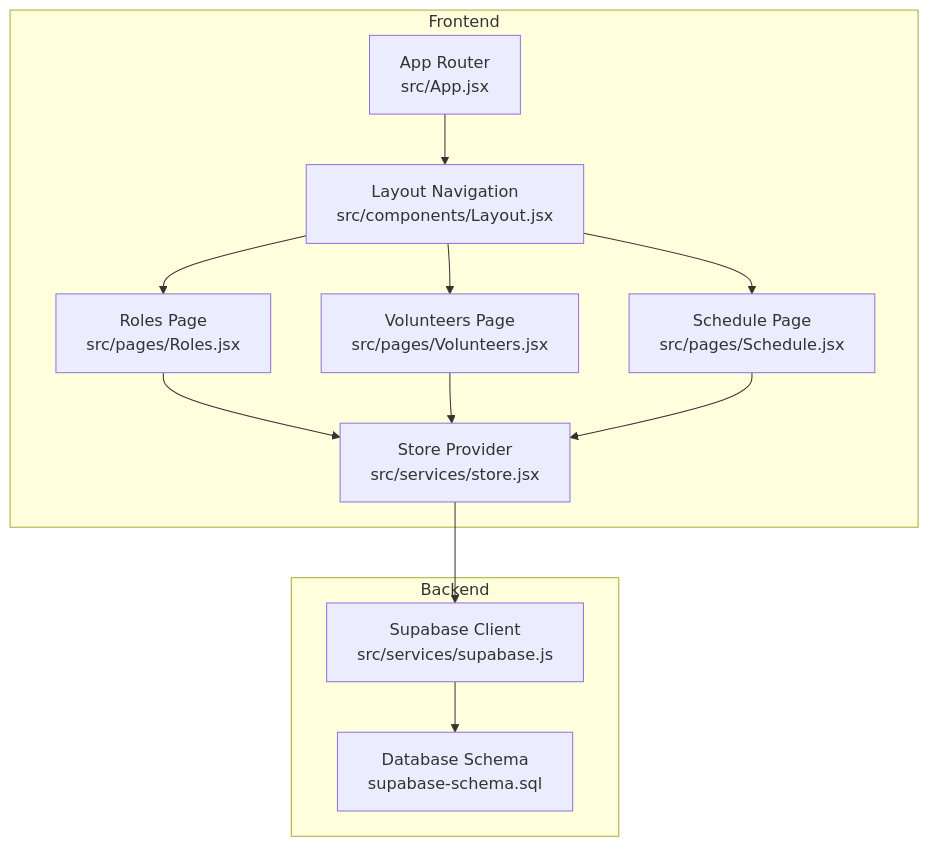
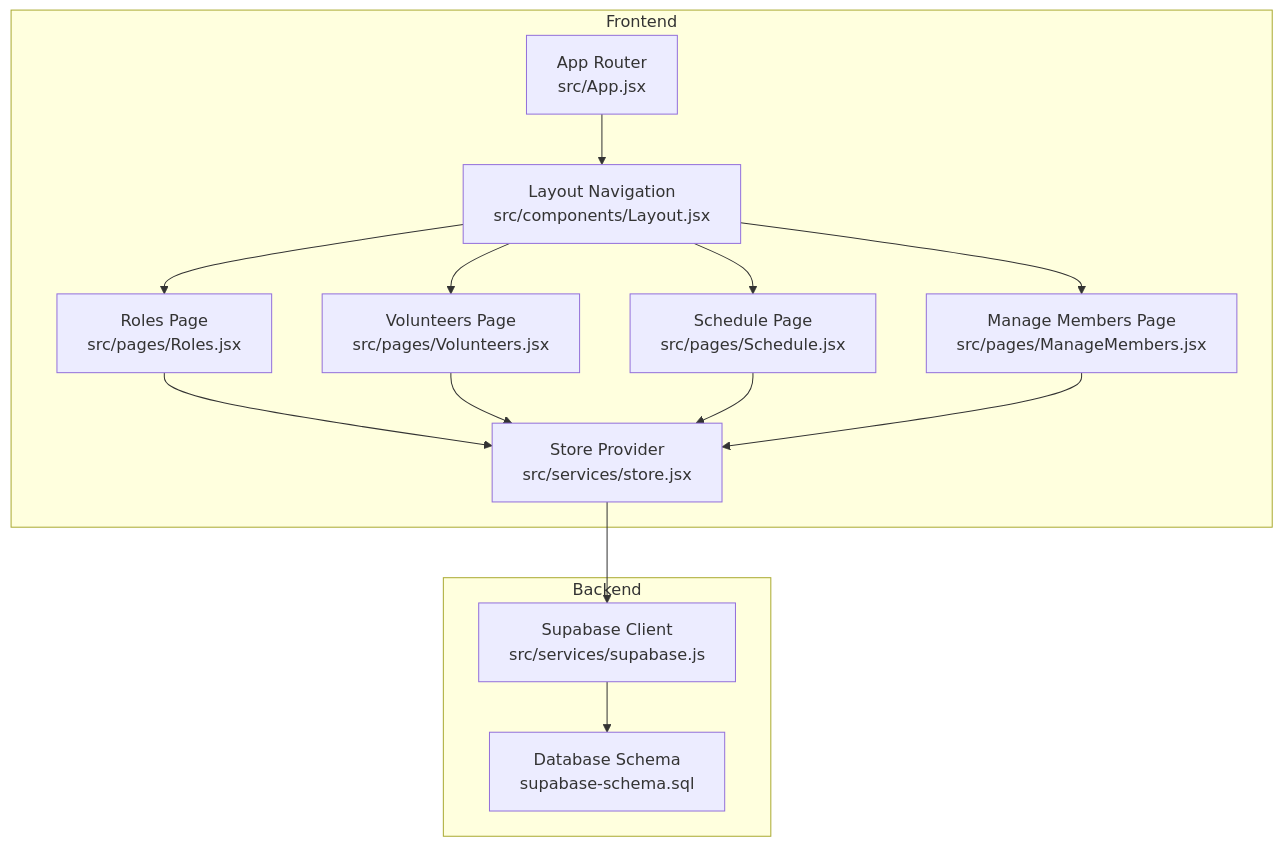
Before and after one commit to netdaniel/serveflow: the first of 11 diagrams in .qoder/repowiki/en/content/Volunteer Management System/Role Assignment System.md, drawn with Mermaid. The commit also changed other lines of this file and 15 other files, not shown here.

````diff
--- a/.qoder/repowiki/en/content/Volunteer Management System/Role Assignment System.md
+++ b/.qoder/repowiki/en/content/Volunteer Management System/Role Assignment System.md
@@ -35,24 +46,27 @@
 ```mermaid
 graph TB
 subgraph "Frontend"
 RolesPage["Roles Page<br/>src/pages/Roles.jsx"]
 VolunteersPage["Volunteers Page<br/>src/pages/Volunteers.jsx"]
 SchedulePage["Schedule Page<br/>src/pages/Schedule.jsx"]
+ManageMembersPage["Manage Members Page<br/>src/pages/ManageMembers.jsx"]
 Store["Store Provider<br/>src/services/store.jsx"]
 Layout["Layout Navigation<br/>src/components/Layout.jsx"]
 App["App Router<br/>src/App.jsx"]
 end
 subgraph "Backend"
 Supabase["Supabase Client<br/>src/services/supabase.js"]
 Schema["Database Schema<br/>supabase-schema.sql"]
 end
 App --> Layout
 Layout --> RolesPage
 Layout --> VolunteersPage
 Layout --> SchedulePage
+Layout --> ManageMembersPage
 RolesPage --> Store
 VolunteersPage --> Store
 SchedulePage --> Store
+ManageMembersPage --> Store
 Store --> Supabase
 Supabase --> Schema
 ```
````
